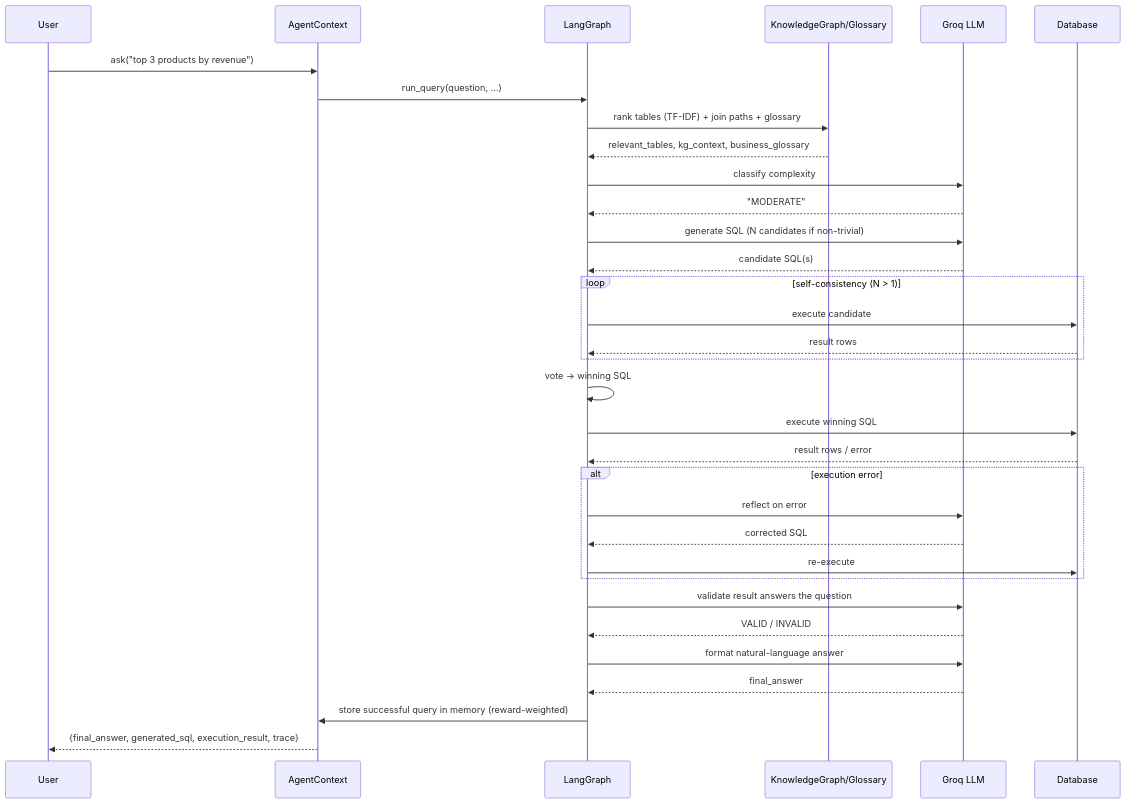
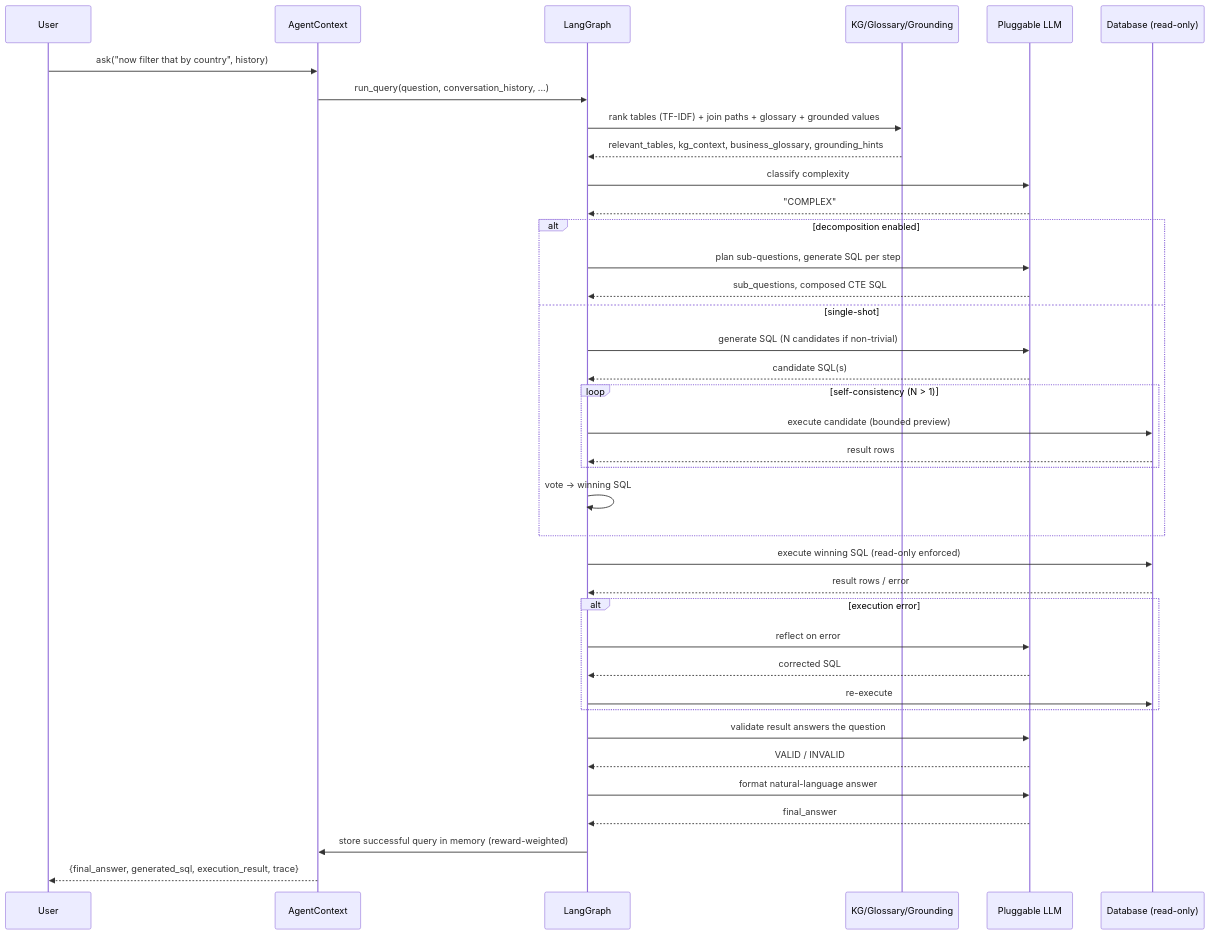
One commit to subrata-samanta/universal-text2sql changed the third of 3 diagrams in README.md. Above: the diagram before and after it, drawn with Mermaid. The commit also changed other lines of this file and 4 other files, not shown here.

````diff
--- a/README.md
+++ b/README.md
@@ -138,36 +152,41 @@
 ```mermaid
 sequenceDiagram
     participant U as User
     participant C as AgentContext
     participant G as LangGraph
-    participant K as KnowledgeGraph/Glossary
-    participant L as Groq LLM
-    participant D as Database
+    participant K as KG/Glossary/Grounding
+    participant L as Pluggable LLM
+    participant D as Database (read-only)
 
-    U->>C: ask("top 3 products by revenue")
-    C->>G: run_query(question, ...)
-    G->>K: rank tables (TF-IDF) + join paths + glossary
-    K-->>G: relevant_tables, kg_context, business_glossary
+    U->>C: ask("now filter that by country", history)
+    C->>G: run_query(question, conversation_history, ...)
+    G->>K: rank tables (TF-IDF) + join paths + glossary + grounded values
+    K-->>G: relevant_tables, kg_context, business_glossary, grounding_hints
     G->>L: classify complexity
-    L-->>G: "MODERATE"
-    G->>L: generate SQL (N candidates if non-trivial)
-    L-->>G: candidate SQL(s)
-    loop self-consistency (N > 1)
-        G->>D: execute candidate
-        D-->>G: result rows
+    L-->>G: "COMPLEX"
+    alt decomposition enabled
+        G->>L: plan sub-questions, generate SQL per step
+        L-->>G: sub_questions, composed CTE SQL
+    else single-shot
+        G->>L: generate SQL (N candidates if non-trivial)
+        L-->>G: candidate SQL(s)
+        loop self-consistency (N > 1)
+            G->>D: execute candidate (bounded preview)
+            D-->>G: result rows
+        end
+        G->>G: vote → winning SQL
     end
-    G->>G: vote → winning SQL
-    G->>D: execute winning SQL
+    G->>D: execute winning SQL (read-only enforced)
     D-->>G: result rows / error
     alt execution error
         G->>L: reflect on error
         L-->>G: corrected SQL
         G->>D: re-execute
     end
     G->>L: validate result answers the question
     L-->>G: VALID / INVALID
     G->>L: format natural-language answer
     L-->>G: final_answer
     G->>C: store successful query in memory (reward-weighted)
     C-->>U: {final_answer, generated_sql, execution_result, trace}
 ```
````
